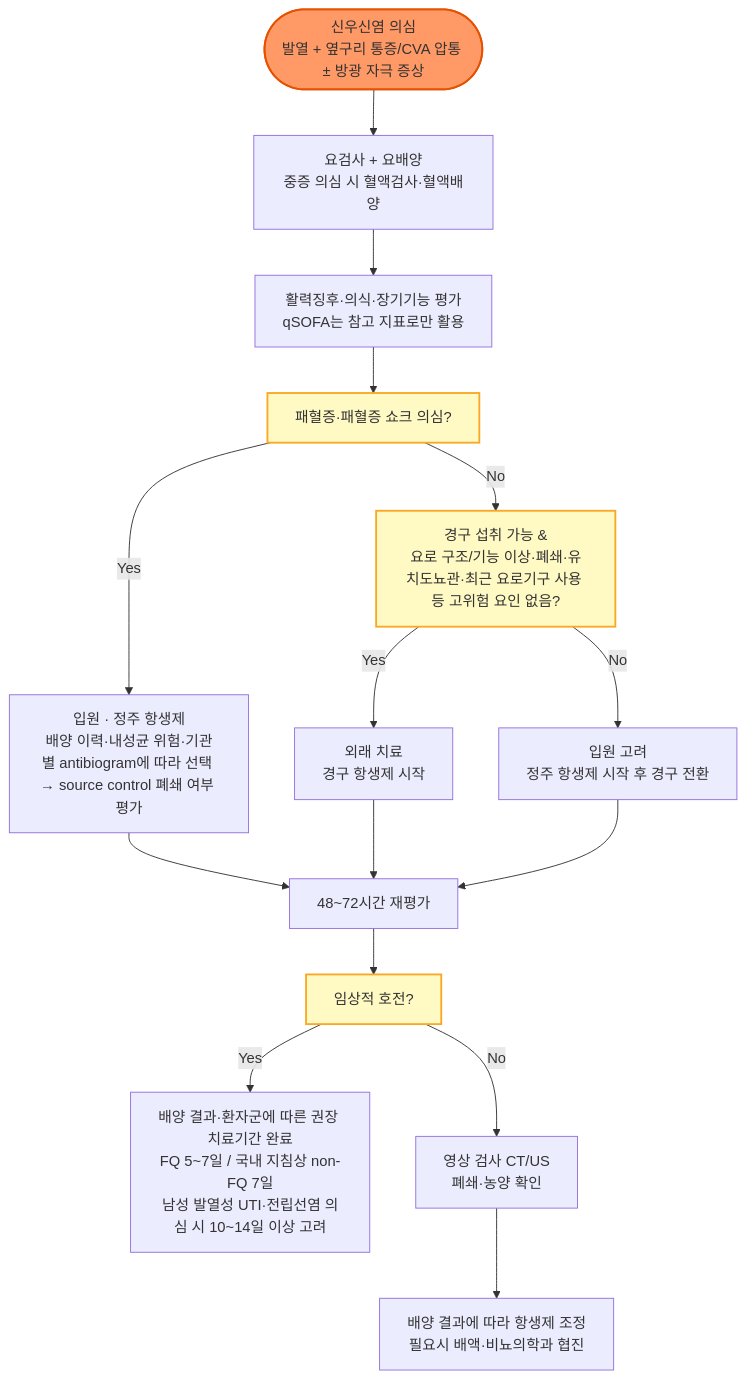
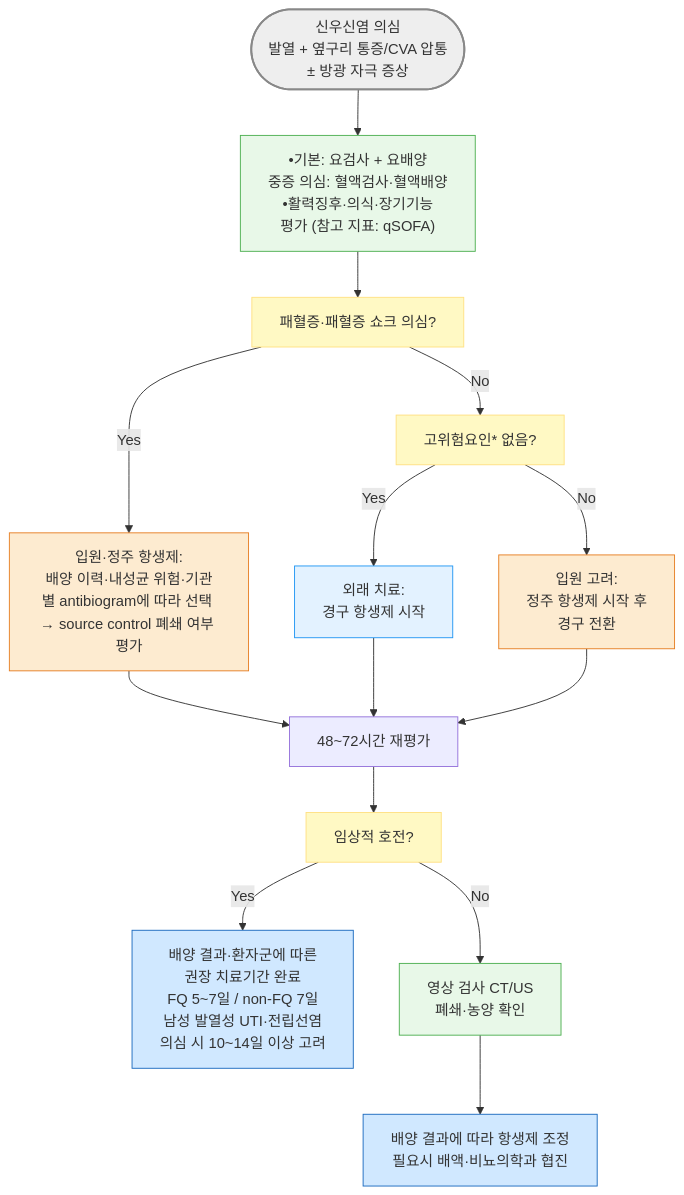
One commit to familyoh77/familyoh77 changed the diagram in 227_/119_-acute-pyelonephritis-uncomplicated.md. Above: the diagram before and after it, drawn with Mermaid. The commit also changed other lines of this file and 1 other file, not shown here.

Commit message:
GITBOOK-1340: No subject

````diff
--- a/227_/119_-acute-pyelonephritis-uncomplicated.md
+++ b/227_/119_-acute-pyelonephritis-uncomplicated.md
@@ -101,21 +101,28 @@
 ```mermaid
 graph TD
-    Start(["신우신염 의심<br>발열 + 옆구리 통증/CVA 압통 ± 방광 자극 증상"]) --> UA["요검사 + 요배양<br>중증 의심 시 혈액검사·혈액배양"]
-    UA --> Sev["활력징후·의식·장기기능 평가<br>qSOFA는 참고 지표로만 활용"]
-    Sev --> Q1["패혈증·패혈증 쇼크 의심?"]
-    style Q1 fill:#fff9c4,stroke:#f9a825,stroke-width:2px
-    Q1 -->|Yes| Admit1["입원 · 정주 항생제<br>배양 이력·내성균 위험·기관별 antibiogram에 따라 선택 → source control 폐쇄 여부 평가"]
-    Q1 -->|No| Q2["경구 섭취 가능 &<br>요로 구조/기능 이상·폐쇄·유치도뇨관·최근 요로기구 사용 등 고위험 요인 없음?"]
-    style Q2 fill:#fff9c4,stroke:#f9a825,stroke-width:2px
-    Q2 -->|Yes| OP["외래 치료<br>경구 항생제 시작"]
-    Q2 -->|No| Admit2["입원 고려<br>정주 항생제 시작 후 경구 전환"]
+    Start(["신우신염 의심<br>발열 + 옆구리 통증/CVA 압통 <br>± 방광 자극 증상"]) --> UA["•기본: 요검사 + 요배양<br>중증 의심: 혈액검사·혈액배양<br>•활력징후·의식·장기기능 <br>평가 (참고 지표: qSOFA)"]
+    UA --> Q1["패혈증·패혈증 쇼크 의심?"]
+    Q1 -->|Yes| Admit1["입원·정주 항생제:<br>배양 이력·내성균 위험·기관별 antibiogram에 따라 선택 <br>→ source control 폐쇄 여부 평가"]
+    Q1 -->|No| Q2["고위험요인* 없음?"]
+    Q2 -->|Yes| OP["외래 치료:<br>경구 항생제 시작"]
+    Q2 -->|No| Admit2["입원 고려:<br>정주 항생제 시작 후 <br>경구 전환"]
     OP --> FU["48~72시간 재평가"]
     Admit1 --> FU
     Admit2 --> FU
     FU --> Q3["임상적 호전?"]
-    style Q3 fill:#fff9c4,stroke:#f9a825,stroke-width:2px
-    Q3 -->|Yes| Complete["배양 결과·환자군에 따른 권장 치료기간 완료<br>FQ 5~7일 / 국내 지침상 non-FQ 7일<br>남성 발열성 UTI·전립선염 의심 시 10~14일 이상 고려"]
+    Q3 -->|Yes| Complete["배양 결과·환자군에 따른 <br>권장 치료기간 완료<br>FQ 5~7일 / non-FQ 7일<br>남성 발열성 UTI·전립선염 <br>의심 시 10~14일 이상 고려"]
     Q3 -->|No| Image["영상 검사 CT/US<br>폐쇄·농양 확인"]
     Image --> Adjust["배양 결과에 따라 항생제 조정<br>필요시 배액·비뇨의학과 협진"]
-    style Start fill:#f96,stroke:#e65100,stroke-width:2px
+
+    style Start fill:#eeeeee,stroke:#888888,stroke-width:2px
+classDef lightGreen fill:#e8f8e8,stroke:#4caf50
+class UA,Image lightGreen
+classDef yellow fill:#fff9c4,stroke:#ffe082
+class Q1,Q2,Q3 yellow
+classDef sky fill:#e3f2ff,stroke:#2196f3
+class OP sky
+classDef orange fill:#fdebd0,stroke:#e67e22
+class Admit2,Admit1 orange
+classDef blue fill:#d0e8ff,stroke:#1a6abf
+class Complete,Adjust blue
 ```
````
